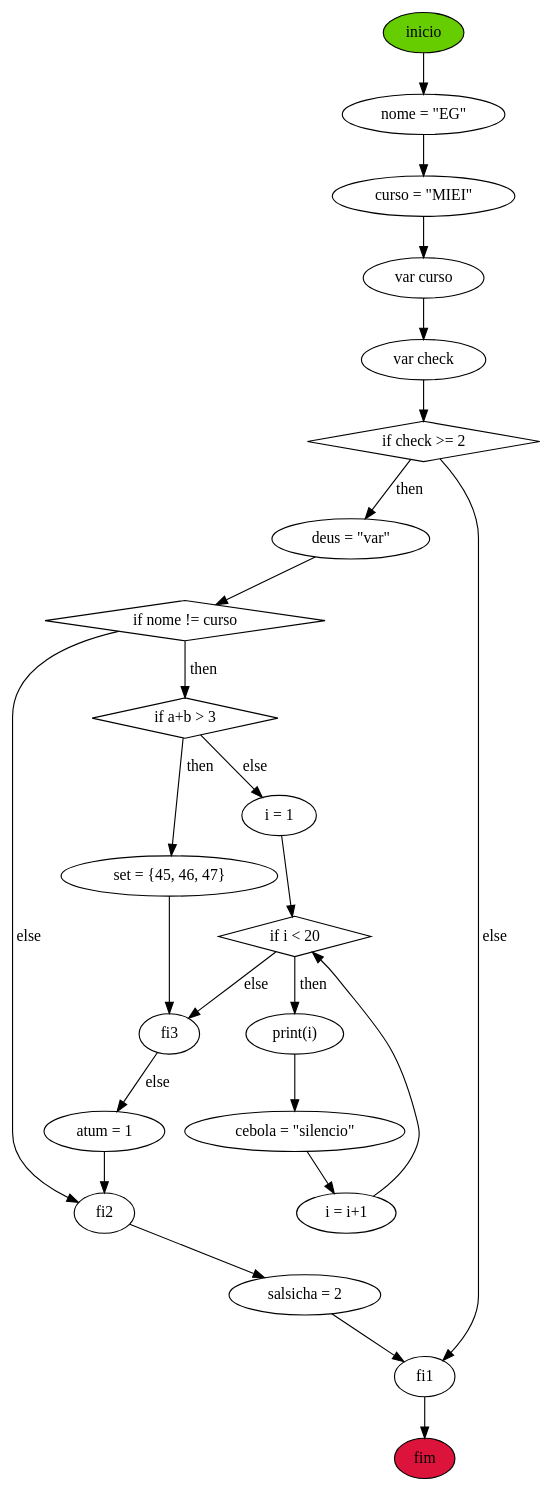
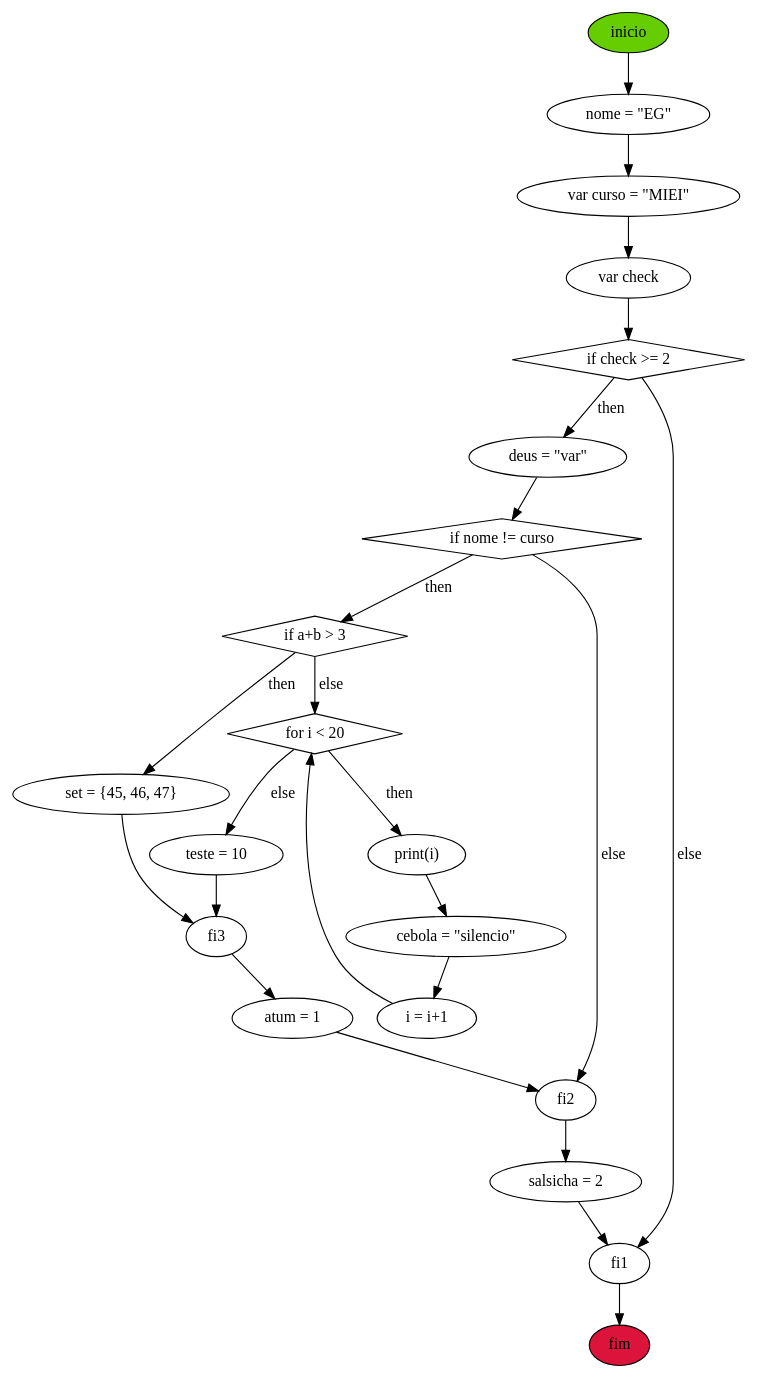
Before and after one commit to mishlawi/MEI-EG-TrabalhosPraticos: the diagram in TP3/graphs/graph.gv, drawn with Graphviz. The commit also changed 6 other files, not shown here.

```diff
--- a/TP3/graphs/graph.gv
+++ b/TP3/graphs/graph.gv
@@ -1,32 +1,31 @@
 digraph "graph" {
 	inicio [fillcolor=chartreuse3 style=filled]
 	inicio -> "nome = \"EG\"" [label=""]
-	"nome = \"EG\"" -> "curso = \"MIEI\"" [label=""]
-	"curso = \"MIEI\"" -> "var curso" [label=""]
-	"var curso" -> "var check" [label=""]
+	"nome = \"EG\"" -> "var curso = \"MIEI\"" [label=""]
+	"var curso = \"MIEI\"" -> "var check" [label=""]
 	"if check >= 2" [shape=diamond]
 	"var check" -> "if check >= 2" [label=""]
 	"if check >= 2" -> "deus = \"var\"" [label=then]
 	"if nome != curso" [shape=diamond]
 	"deus = \"var\"" -> "if nome != curso" [label=""]
 	"if a+b > 3" [shape=diamond]
 	"if nome != curso" -> "if a+b > 3" [label=then]
 	"if a+b > 3" -> "set = {45, 46, 47}" [label=then]
 	"set = {45, 46, 47}" -> fi3
-	"if a+b > 3" -> "i = 1" [label=else]
-	"if i < 20" [shape=diamond]
-	"i = 1" -> "if i < 20" [label=""]
-	"if i < 20" -> "print(i)" [label=then]
+	"for i < 20" [shape=diamond]
+	"if a+b > 3" -> "for i < 20" [label=else]
+	"for i < 20" -> "print(i)" [label=then]
 	"print(i)" -> "cebola = \"silencio\"" [label=""]
 	"cebola = \"silencio\"" -> "i = i+1" [label=""]
-	"i = i+1" -> "if i < 20" [label=""]
-	"if i < 20" -> fi3 [label=else]
-	fi3 -> "atum = 1" [label=else]
+	"i = i+1" -> "for i < 20" [label=""]
+	"for i < 20" -> "teste = 10" [label=else]
+	"teste = 10" -> fi3 [label=""]
+	fi3 -> "atum = 1" [label=""]
 	"atum = 1" -> fi2
 	"if nome != curso" -> fi2 [label=else]
 	fi2 -> "salsicha = 2" [label=""]
 	"salsicha = 2" -> fi1
 	"if check >= 2" -> fi1 [label=else]
 	fim [fillcolor=crimson style=filled]
 	fi1 -> fim
 }
```
